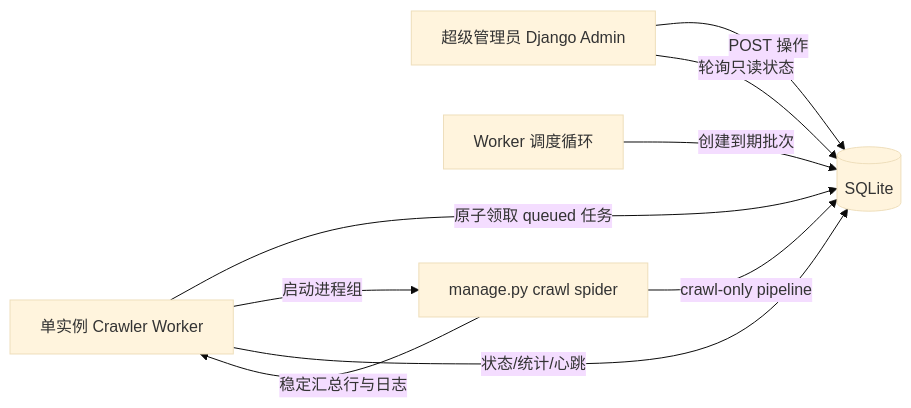
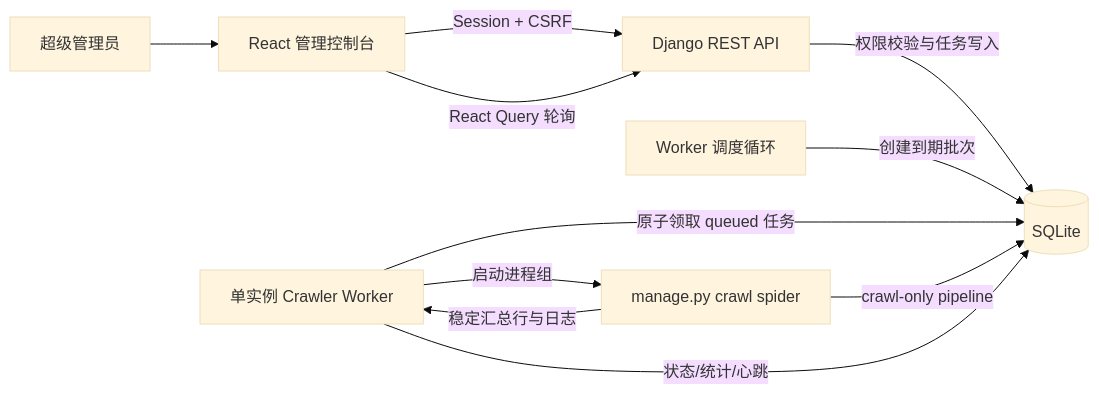
Before and after one commit to CoderLambert/news-aggregator: the diagram in docs/crawler-admin-control-plan.md, drawn with Mermaid (base theme). The commit also changed other lines of this file, not shown here.

Commit message:
docs: move crawler console to React frontend (#19)

````diff
--- a/docs/crawler-admin-control-plan.md
+++ b/docs/crawler-admin-control-plan.md
@@ -166,11 +248,13 @@
 ```mermaid
 flowchart LR
-    A[超级管理员 Django Admin] -->|POST 操作| D[(SQLite)]
+    U[超级管理员] --> F[React 管理控制台]
+    F -->|Session + CSRF| A[Django REST API]
+    A -->|权限校验与任务写入| D[(SQLite)]
     S[Worker 调度循环] -->|创建到期批次| D
     W[单实例 Crawler Worker] -->|原子领取 queued 任务| D
     W -->|启动进程组| C[manage.py crawl spider]
     C -->|crawl-only pipeline| D
     C -->|稳定汇总行与日志| W
     W -->|状态/统计/心跳| D
-    A -->|轮询只读状态| D
+    F -->|React Query 轮询| A
 ```
````
